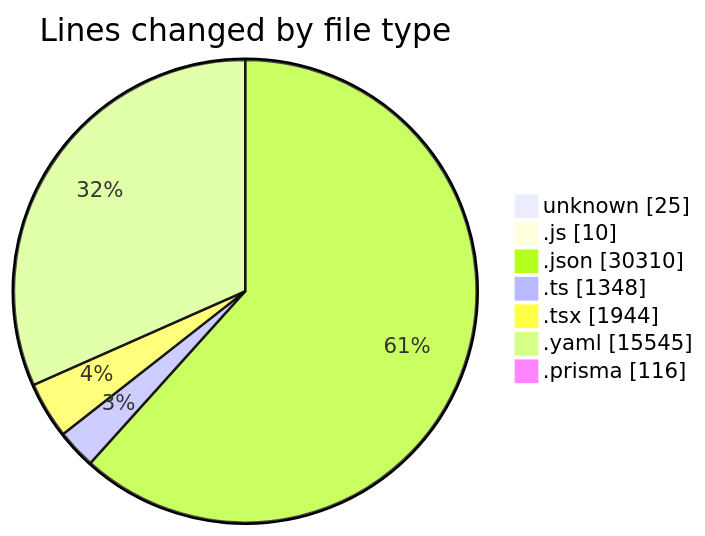
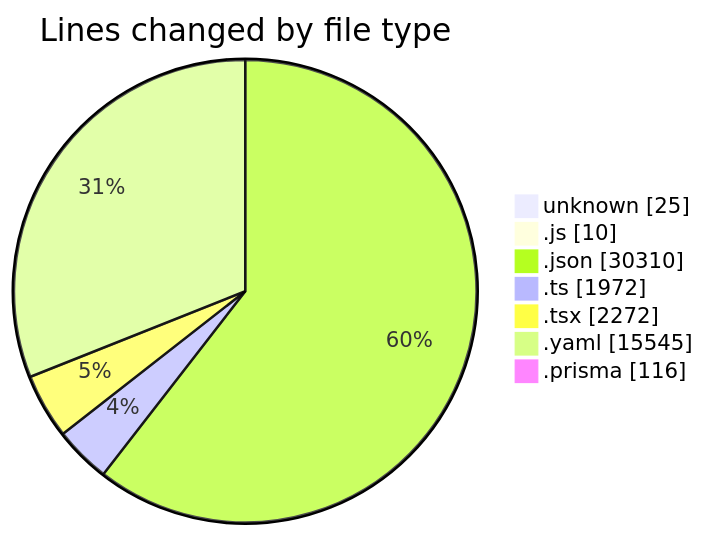
One commit to CELIANVF/code-tracking changed the first of 2 diagrams in 2025-05-02/ecodeli/README.md. Above: the diagram before and after it, drawn with Mermaid. The commit also changed other lines of this file and 1 other file, not shown here.

````diff
--- a/2025-05-02/ecodeli/README.md
+++ b/2025-05-02/ecodeli/README.md
@@ -55,11 +58,11 @@
 ```mermaid
 pie showData
 title Lines changed by file type
 "unknown" : 25
 ".js" : 10
 ".json" : 30310
-".ts" : 1348
-".tsx" : 1944
+".ts" : 1972
+".tsx" : 2272
 ".yaml" : 15545
 ".prisma" : 116
 ```
````
